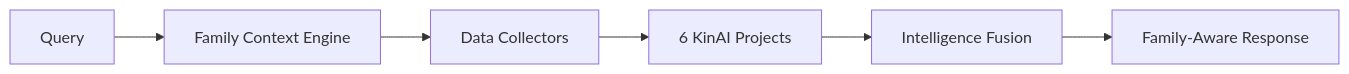
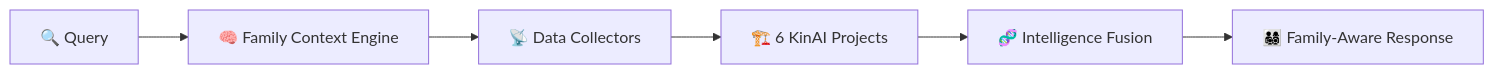
One commit to Logulokesh/KinAI-Ecosystem changed the first of 13 diagrams in README.md. Above: the diagram before and after it, drawn with Mermaid. The commit also changed other lines of this file, not shown here.

````diff
--- a/README.md
+++ b/README.md
@@ -81,8 +102,8 @@
 ```mermaid
 graph LR
-    A[Query] --> B[Family Context Engine]
-    B --> C[Data Collectors]
-    C --> D[6 KinAI Projects]
-    D --> E[Intelligence Fusion]
-    E --> F[Family-Aware Response]
+    A[🔍 Query] --> B[🧠 Family Context Engine]
+    B --> C[📡 Data Collectors]
+    C --> D[🏗️ 6 KinAI Projects]
+    D --> E[🧬 Intelligence Fusion]
+    E --> F[👨‍👩‍👧‍👦 Family-Aware Response]
 ```
````
